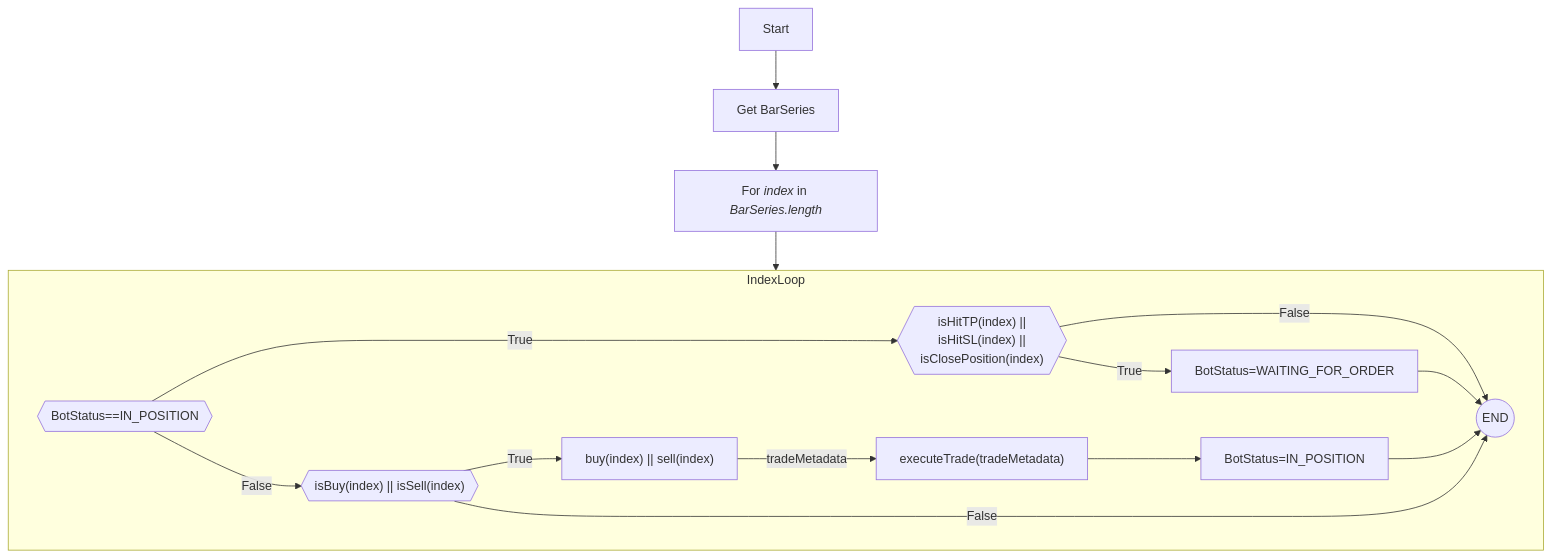
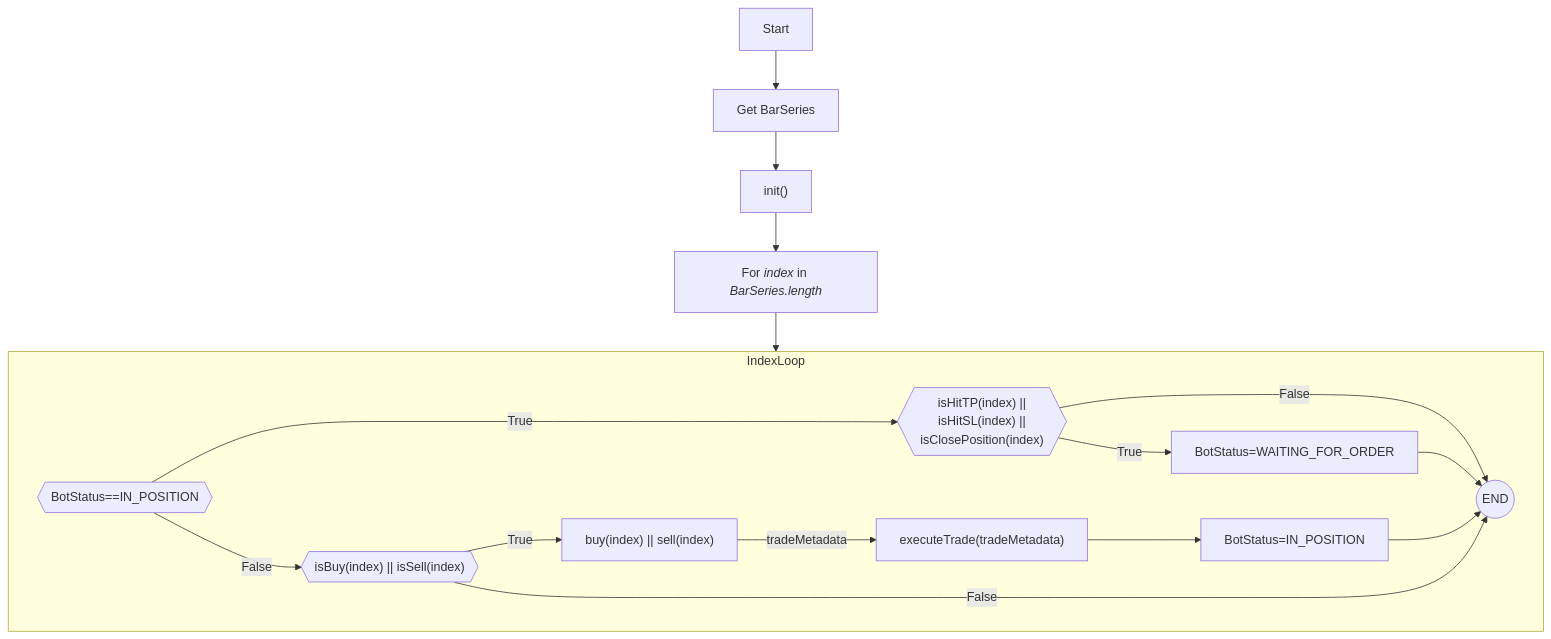
The diagram in docs/architecture/2-Bot-Design.md (truongnhukhang/codetotrade-docs), drawn with Mermaid before and after one commit. The commit also changed other lines of this file and 2 other files, not shown here.

````diff
--- a/docs/architecture/2-Bot-Design.md
+++ b/docs/architecture/2-Bot-Design.md
@@ -7,20 +7,21 @@
 ``` mermaid
 graph TD
    A[Start] --> B[Get BarSeries]
-   B --> C["`For *index* in *BarSeries.length*`"]
+   B --> Init["`init()`"]
+   Init["`init()`"] --> C["`For *index* in *BarSeries.length*`"]
    C --> IndexLoop
    subgraph IndexLoop
         D{{BotStatus==IN_POSITION}} --> |"True"| E{{"`isHitTP(index) || 
         isHitSL(index) || 
         isClosePosition(index)`"}}
         D --> |"False"| F{{"`isBuy(index) || isSell(index)`"}}
         F --> |"True"| G["`buy(index) || sell(index)`"]
         F --> |"False"| END@{ shape: circle, label: "END" }
         G --> |"tradeMetadata"| H["`executeTrade(tradeMetadata)`"]
         H --> I["`BotStatus=IN_POSITION`"]
         E --> |"False"| END
         E --> |"True"| L["`BotStatus=WAITING_FOR_ORDER`"]
         I --> END
         L --> END
    end
 ```
````
